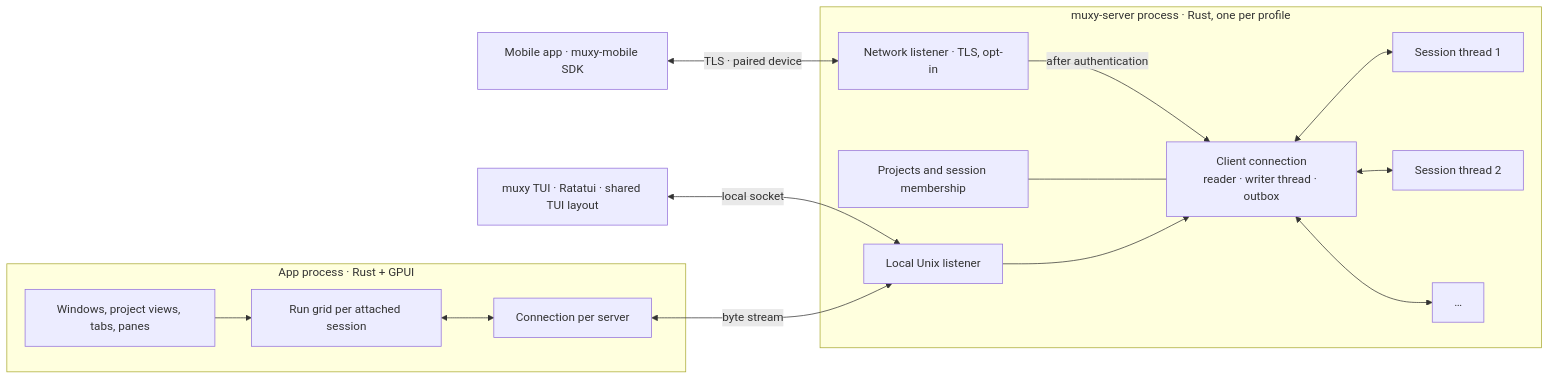
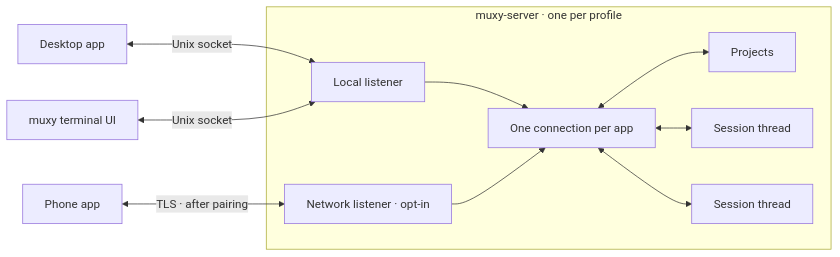
The first of 5 diagrams in docs/tech/architecture.md (muxy-app/muxy), drawn with Mermaid before and after one commit. The commit also changed other lines of this file and 18 other files, not shown here.

First line of the commit message:
Simplify docs and move mobile SDK guide into its crate

````diff
--- a/docs/tech/architecture.md
+++ b/docs/tech/architecture.md
@@ -8,28 +7,19 @@
 ```mermaid
 flowchart LR
-    subgraph APP["App process · Rust + GPUI"]
-        UI["Windows, project views, tabs, panes"]
-        GRID["Run grid per attached session"]
-        CONN["Connection per server"]
+    DESKTOP["Desktop app"] <-->|"Unix socket"| LOCAL
+    TUI["muxy terminal UI"] <-->|"Unix socket"| LOCAL
+    PHONE["Phone app"] <-->|"TLS · after pairing"| NETWORK
+    subgraph SERVER["muxy-server · one per profile"]
+        LOCAL["Local listener"]
+        NETWORK["Network listener · opt-in"]
+        CONNECTION["One connection per app"]
+        CATALOG["Projects"]
+        S1["Session thread"]
+        S2["Session thread"]
+        LOCAL --> CONNECTION
+        NETWORK --> CONNECTION
+        CONNECTION <--> CATALOG
+        CONNECTION <--> S1
+        CONNECTION <--> S2
     end
-    subgraph SERVER["muxy-server process · Rust, one per profile"]
-        ACCEPT["Local Unix listener"]
-        NETWORK["Network listener · TLS, opt-in"]
-        CATALOG["Projects and session membership"]
-        CLIENT["Client connection<br/>reader · writer thread · outbox"]
-        S1["Session thread 1"]
-        S2["Session thread 2"]
-        SN["…"]
-    end
-    TUI["muxy TUI · Ratatui · shared TUI layout"] <-->|"local socket"| ACCEPT
-    PHONE["Mobile app · muxy-mobile SDK"] <-->|"TLS · paired device"| NETWORK
-    NETWORK -->|"after authentication"| CLIENT
-    CATALOG --- CLIENT
-    UI --> GRID
-    GRID <--> CONN
-    CONN <-->|"byte stream"| ACCEPT
-    ACCEPT --> CLIENT
-    CLIENT <--> S1
-    CLIENT <--> S2
-    CLIENT <--> SN
 ```
````
